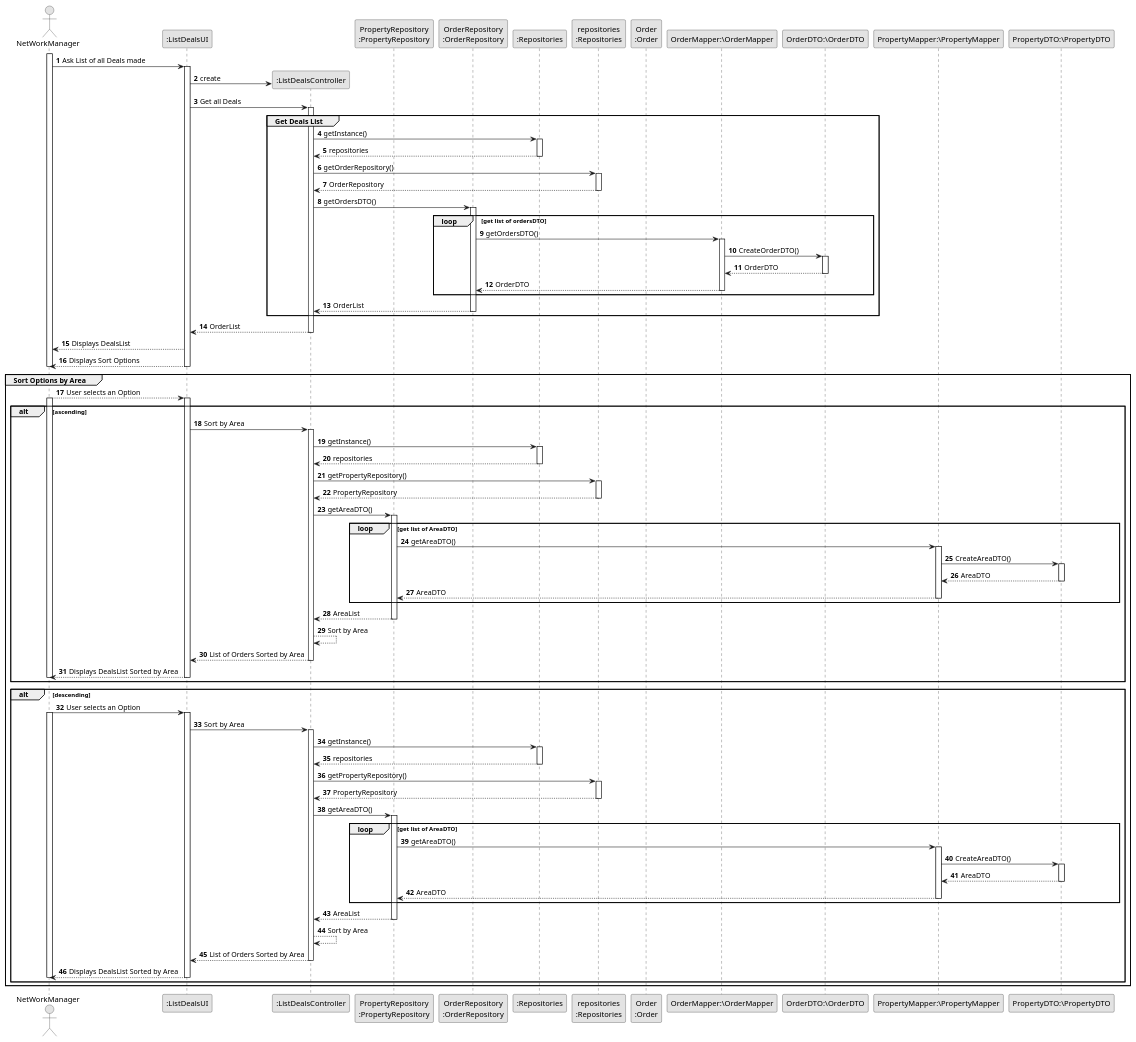
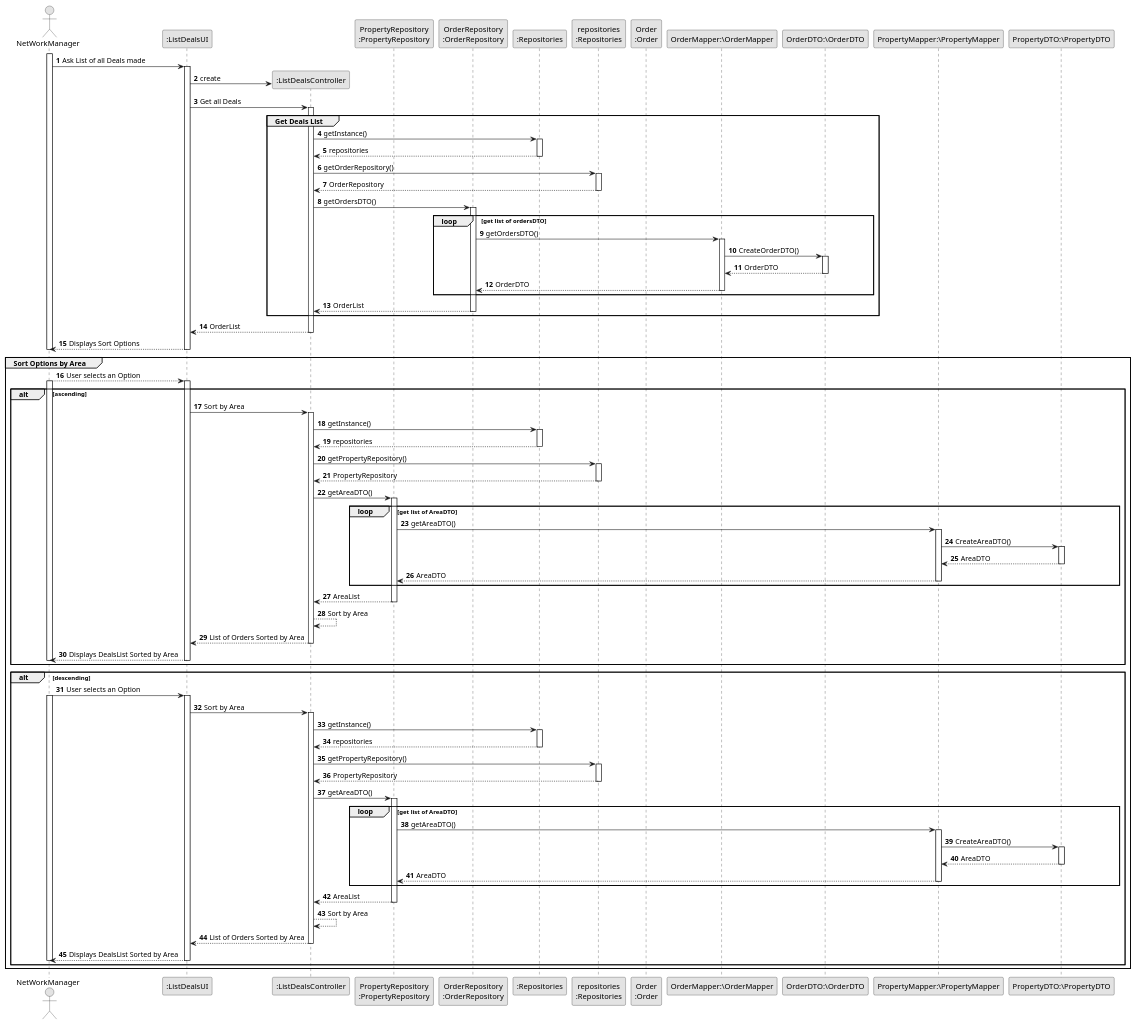
The diagram in lei-22-s2-1do-g68/docs/SprintD/us017/03.design/puml/us017-sequence-diagram-full.puml (hugosilva2901/lei-22-s2-1DO-g68), drawn with PlantUML before and after one commit. The commit also changed 18 other files, not shown here.

Commit message:
us017 - Diagrams updated and svg saved

```diff
--- a/lei-22-s2-1do-g68/docs/SprintD/us017/03.design/puml/us017-sequence-diagram-full.puml
+++ b/lei-22-s2-1do-g68/docs/SprintD/us017/03.design/puml/us017-sequence-diagram-full.puml
@@ -1,167 +1,167 @@
 @startuml
 skinparam monochrome true
 skinparam packageStyle rectangle
 skinparam shadowing false
 
 autonumber
 
 'hide footbox
 actor "NetWorkManager" as nm
 participant ":ListDealsUI" as UI
 participant ":ListDealsController" as CTRL
 participant "PropertyRepository\n:PropertyRepository" as PropertyRepository
 participant "OrderRepository\n:OrderRepository" as OrderRepository
 participant ":Repositories" as RepositorySingleton
 participant "repositories\n:Repositories" as PLAT
 participant "Order\n:Order" as TAREFA
 participant "OrderMapper:\OrderMapper" as Mapper
 participant "OrderDTO:\OrderDTO" as DTO
 participant "PropertyMapper:\PropertyMapper" as PMapper
 participant "PropertyDTO:\PropertyDTO" as PDTO
 
 activate nm
 
     nm -> UI : Ask List of all Deals made
 
     activate UI
 
         UI -> CTRL** : create
 
     UI-> CTRL : Get all Deals
     activate CTRL
 
     group Get Deals List
 
 
             CTRL -> RepositorySingleton : getInstance()
             activate RepositorySingleton
 
                 RepositorySingleton --> CTRL: repositories
             deactivate RepositorySingleton
 
             CTRL -> PLAT : getOrderRepository()
             activate PLAT
 
             PLAT --> CTRL: OrderRepository
             deactivate PLAT
 
             CTRL -> OrderRepository : getOrdersDTO()
             loop get list of ordersDTO
             activate OrderRepository
               OrderRepository->Mapper:getOrdersDTO()
             activate Mapper
 
             Mapper->DTO:CreateOrderDTO()
 
             activate DTO
             DTO-->Mapper:OrderDTO
             deactivate DTO
             Mapper-->OrderRepository:OrderDTO
             deactivate Mapper
             end
                 OrderRepository --> CTRL : OrderList
             deactivate OrderRepository
     end group
 
 
 
     UI<-- CTRL  : OrderList
     deactivate CTRL
 
-    UI --> nm : Displays DealsList
+
 
     UI --> nm : Displays Sort Options
     deactivate UI
     deactivate nm
 
 group Sort Options by Area
 
     nm --> UI : User selects an Option
     activate nm
     activate UI
 
     alt ascending
         UI -> CTRL : Sort by Area
         activate CTRL
 
                 CTRL -> RepositorySingleton : getInstance()
                 activate RepositorySingleton
 
                 RepositorySingleton --> CTRL: repositories
                 deactivate RepositorySingleton
 
                 CTRL -> PLAT : getPropertyRepository()
                 activate PLAT
 
                 PLAT --> CTRL: PropertyRepository
                 deactivate PLAT
 
                 CTRL -> PropertyRepository : getAreaDTO()
                 loop get list of AreaDTO
                 activate PropertyRepository
                   PropertyRepository->PMapper:getAreaDTO()
                 activate PMapper
 
                 PMapper->PDTO:CreateAreaDTO()
 
                 activate PDTO
                 PDTO-->PMapper:AreaDTO
                 deactivate PDTO
                 PMapper-->PropertyRepository:AreaDTO
                 deactivate PMapper
                 end
                     PropertyRepository --> CTRL : AreaList
                 deactivate PropertyRepository
                 CTRL-->CTRL : Sort by Area
                 CTRL--> UI : List of Orders Sorted by Area
                 deactivate CTRL
                 UI --> nm : Displays DealsList Sorted by Area
                 deactivate UI
                 deactivate nm
     end alt
 
     alt descending
         nm->UI: User selects an Option
         activate nm
         activate UI
 
         UI -> CTRL : Sort by Area
         activate CTRL
 
                 CTRL -> RepositorySingleton : getInstance()
                 activate RepositorySingleton
 
                 RepositorySingleton --> CTRL: repositories
                 deactivate RepositorySingleton
 
                 CTRL -> PLAT : getPropertyRepository()
                 activate PLAT
 
                 PLAT --> CTRL: PropertyRepository
                 deactivate PLAT
 
                 CTRL -> PropertyRepository : getAreaDTO()
                 loop get list of AreaDTO
                 activate PropertyRepository
                   PropertyRepository->PMapper:getAreaDTO()
                 activate PMapper
 
                 PMapper->PDTO:CreateAreaDTO()
 
                 activate PDTO
                 PDTO-->PMapper:AreaDTO
                 deactivate PDTO
                 PMapper-->PropertyRepository:AreaDTO
                 deactivate PMapper
                 end
                     PropertyRepository --> CTRL : AreaList
                 deactivate PropertyRepository
                 CTRL-->CTRL : Sort by Area
                 CTRL--> UI : List of Orders Sorted by Area
                 deactivate CTRL
                 UI --> nm : Displays DealsList Sorted by Area
                 deactivate UI
                 deactivate nm
     end alt
 end group
 @enduml
```
